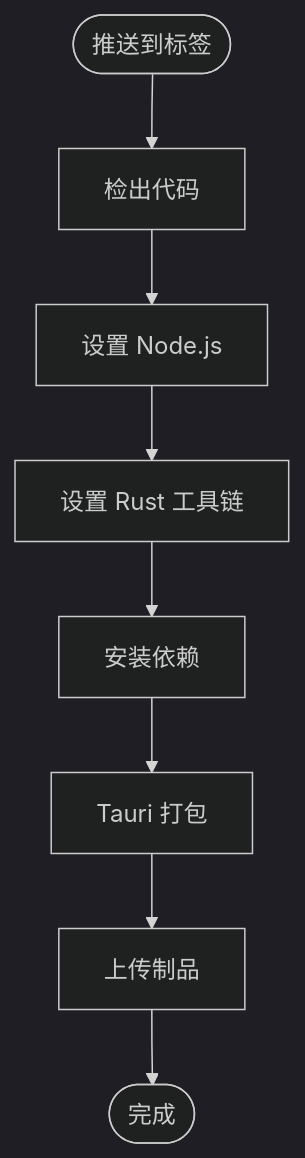
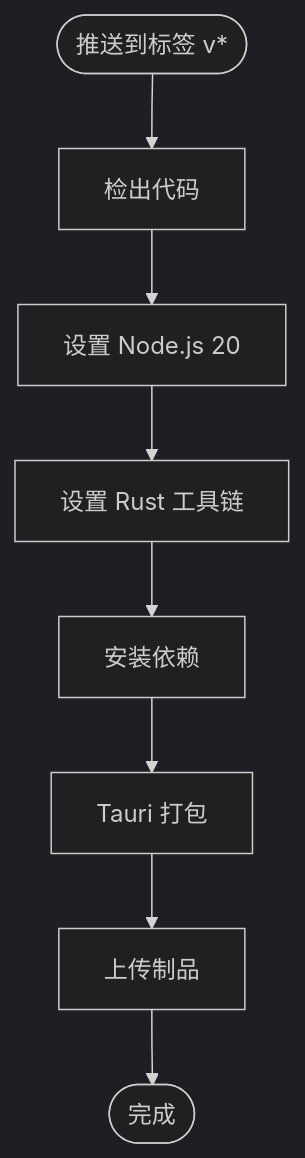
Before and after one commit to YLee9527/Medex: the third of 4 diagrams in doc/repowiki/zh/content/开发指南/开发工作流程/开发工作流程.md, drawn with Mermaid (dark theme). The commit also changed other lines of this file and 31 other files, not shown here.

First line of the commit message:
docs(doc): 添加部署脚本、锁屏功能、发布指南及设置按钮图标文档

````diff
--- a/doc/repowiki/zh/content/开发指南/开发工作流程/开发工作流程.md
+++ b/doc/repowiki/zh/content/开发指南/开发工作流程/开发工作流程.md
@@ -187,10 +245,10 @@
 ```mermaid
 flowchart TD
-Start(["推送到标签"]) --> Checkout["检出代码"]
-Checkout --> SetupNode["设置 Node.js"]
+Start(["推送到标签 v*"]) --> Checkout["检出代码"]
+Checkout --> SetupNode["设置 Node.js 20"]
 SetupNode --> SetupRust["设置 Rust 工具链"]
 SetupRust --> Install["安装依赖"]
 Install --> Build["Tauri 打包"]
 Build --> Upload["上传制品"]
 Upload --> End(["完成"])
 ```
````
